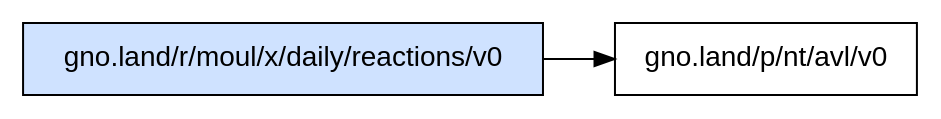
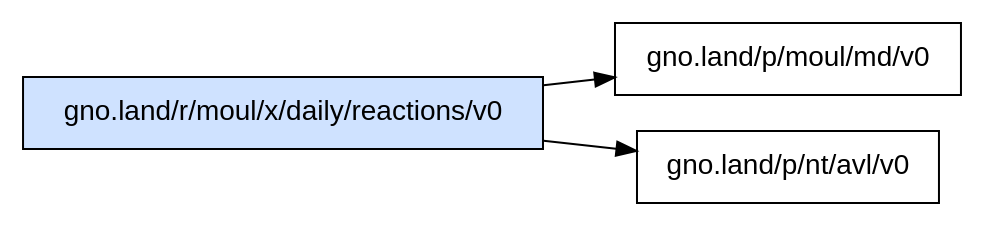
Before and after one commit to moul/gno-contracts: the diagram in _assets/gno.land/r/moul/x/daily/reactions/v0/deps.dot, drawn with Graphviz. The commit also changed 31 other files, not shown here.

Commit message:
chore: regenerate catalog, graphs and on-chain status [skip ci]

```diff
--- a/_assets/gno.land/r/moul/x/daily/reactions/v0/deps.dot
+++ b/_assets/gno.land/r/moul/x/daily/reactions/v0/deps.dot
@@ -1,6 +1,7 @@
 digraph deps {
   rankdir=LR;
   node [shape=box, fontname="sans-serif"];
   "gno.land/r/moul/x/daily/reactions/v0" [style=filled, fillcolor="#cfe2ff"];
+  "gno.land/r/moul/x/daily/reactions/v0" -> "gno.land/p/moul/md/v0";
   "gno.land/r/moul/x/daily/reactions/v0" -> "gno.land/p/nt/avl/v0";
 }
```
